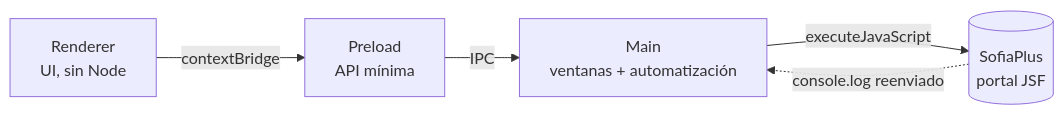
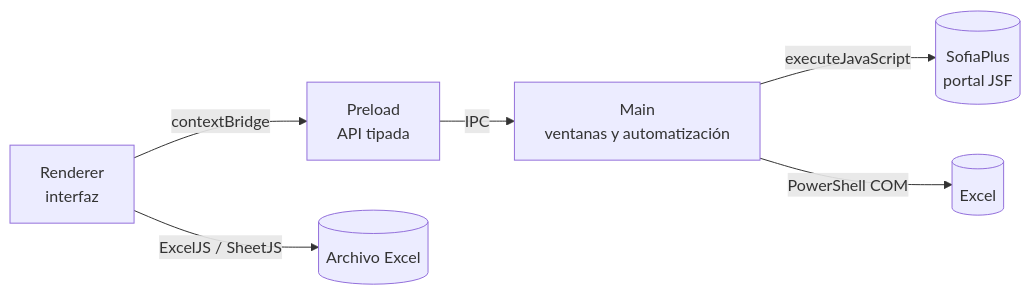
Before and after one commit to OscarFernandomunoz/atis: the diagram in README.md, drawn with Mermaid. The commit also changed other lines of this file, not shown here.

````diff
--- a/README.md
+++ b/README.md
@@ -125,7 +188,8 @@
 ```mermaid
 flowchart LR
-    R[Renderer<br/>UI, sin Node] -->|contextBridge| P[Preload<br/>API mínima]
-    P -->|IPC| M[Main<br/>ventanas + automatización]
+    R[Renderer<br/>interfaz] -->|contextBridge| P[Preload<br/>API tipada]
+    P -->|IPC| M[Main<br/>ventanas y automatización]
     M -->|executeJavaScript| S[(SofiaPlus<br/>portal JSF)]
-    S -.->|console.log reenviado| M
+    M -->|PowerShell COM| E[(Excel)]
+    R -->|ExcelJS / SheetJS| X[(Archivo Excel)]
 ```
````
